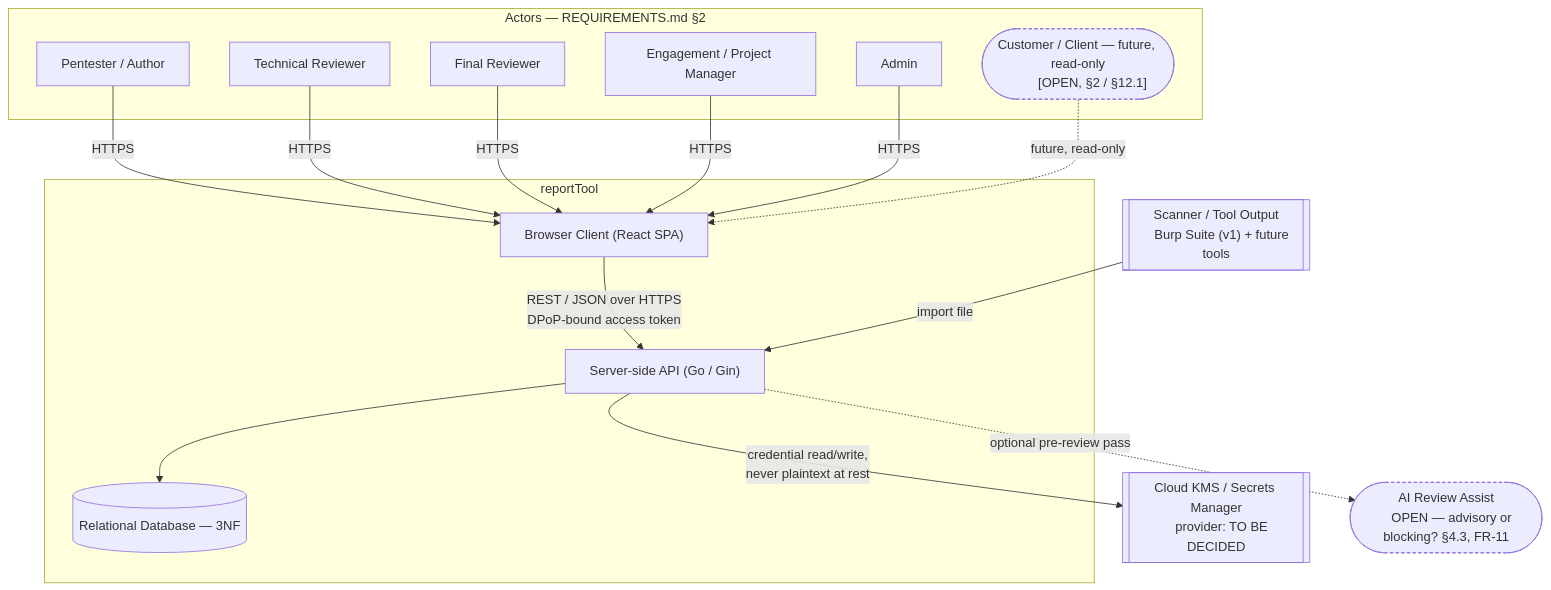
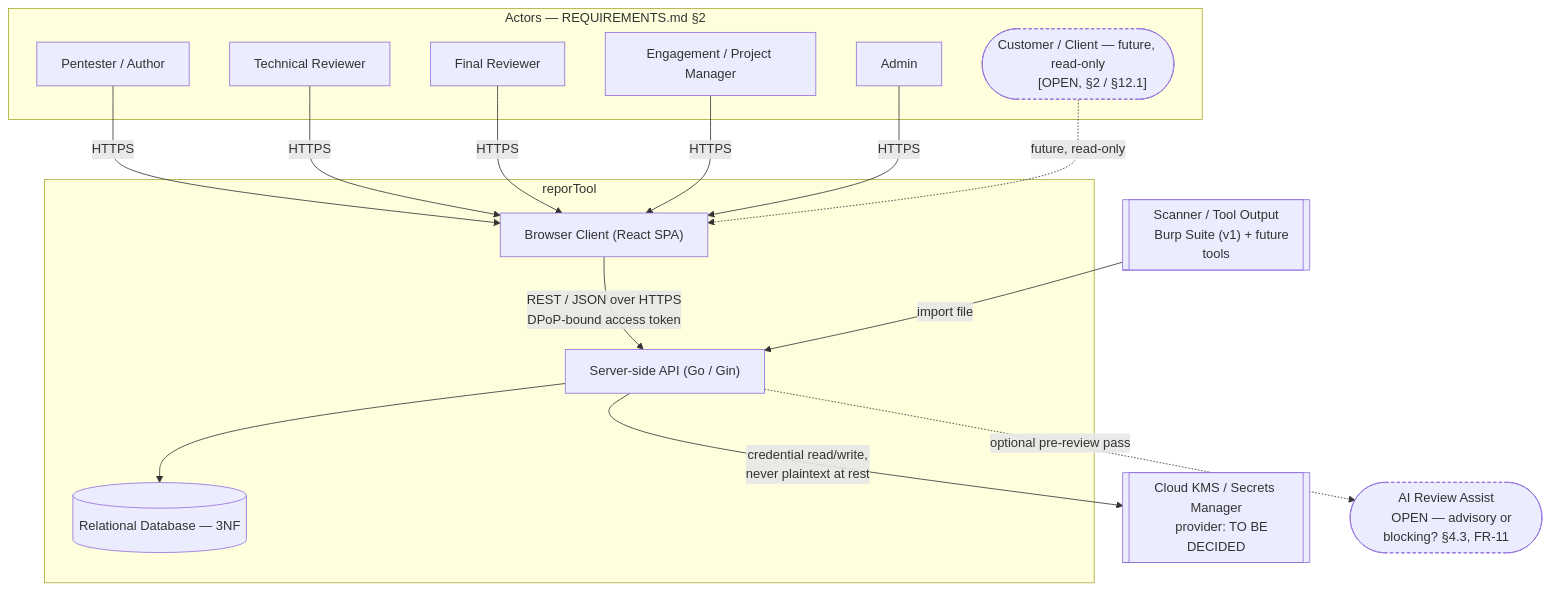
The first of 4 diagrams in ARCHITECTURE.md (jmanico/reporTool), drawn with Mermaid before and after one commit. The commit also changed other lines of this file and 6 other files, not shown here.

First line of the commit message:
Fix repository name spelling: reportTool -> reporTool (#7)

````diff
--- a/ARCHITECTURE.md
+++ b/ARCHITECTURE.md
@@ -44,43 +44,43 @@
 ```mermaid
 graph TB
     subgraph actors["Actors — REQUIREMENTS.md §2"]
         pentester["Pentester / Author"]
         techrev["Technical Reviewer"]
         finalrev["Final Reviewer"]
         pm["Engagement / Project Manager"]
         admin["Admin"]
         client(["Customer / Client — future, read-only
         [OPEN, §2 / §12.1]"])
     end
 
-    subgraph system["reportTool"]
+    subgraph system["reporTool"]
         spa["Browser Client (React SPA)"]
         api["Server-side API (Go / Gin)"]
         db[("Relational Database — 3NF")]
     end
 
     kms[["Cloud KMS / Secrets Manager
     provider: TO BE DECIDED"]]
     scanners[["Scanner / Tool Output
     Burp Suite (v1) + future tools"]]
     ai(["AI Review Assist
     OPEN — advisory or blocking? §4.3, FR-11"])
 
     pentester -->|HTTPS| spa
     techrev -->|HTTPS| spa
     finalrev -->|HTTPS| spa
     pm -->|HTTPS| spa
     admin -->|HTTPS| spa
     client -.->|future, read-only| spa
 
     spa -->|REST / JSON over HTTPS
     DPoP-bound access token| api
     api --> db
     api -->|credential read/write,
     never plaintext at rest| kms
     api -.->|optional pre-review pass| ai
     scanners -->|import file| api
 
     classDef open stroke-dasharray: 4 3;
     class client,ai open;
 ```
````
